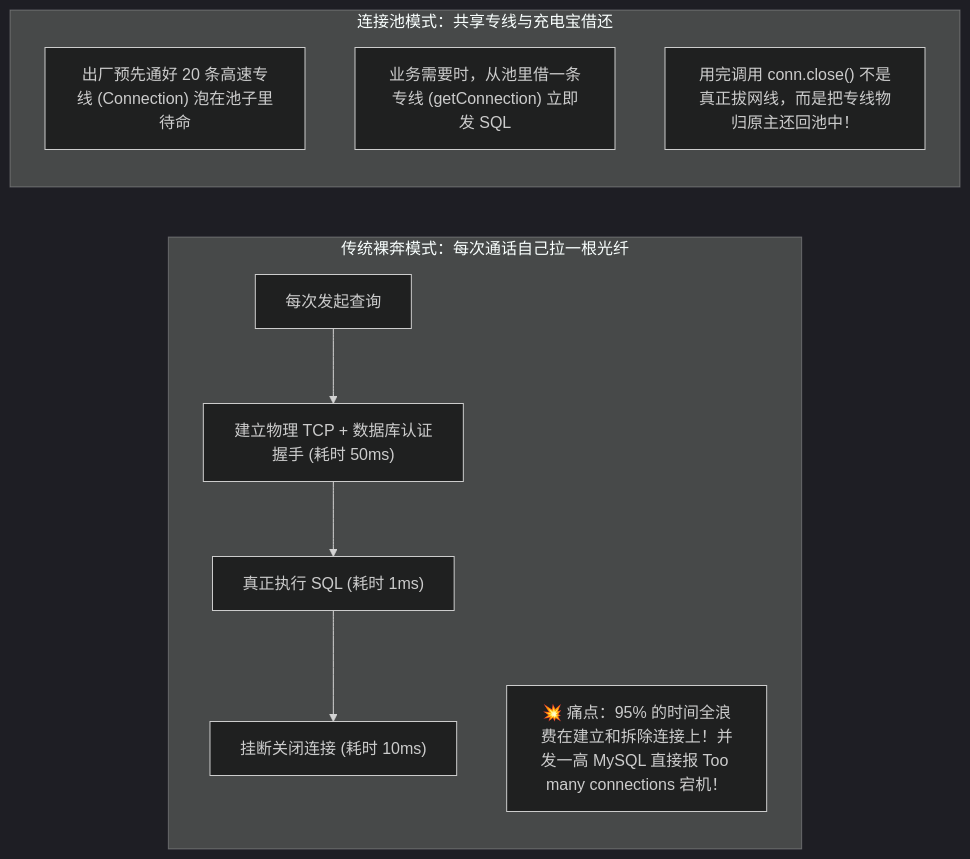
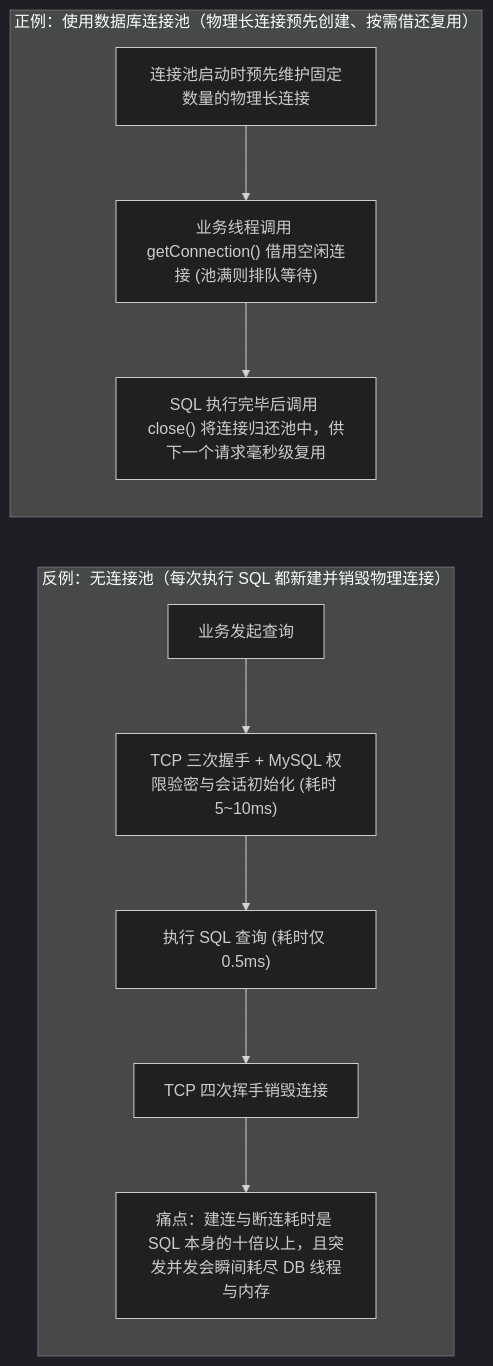
The first of 2 diagrams in 20-Java后端/05-数据库与存储/09-数据库连接池与连接管理.md (GuoWWWX/knowledge-base), drawn with Mermaid (dark theme) before and after one commit. The commit also changed other lines of this file and 251 other files, not shown here.

````diff
--- a/20-Java后端/05-数据库与存储/09-数据库连接池与连接管理.md
+++ b/20-Java后端/05-数据库与存储/09-数据库连接池与连接管理.md
@@ -28,15 +29,14 @@
 ```mermaid
 flowchart LR
-    subgraph Bad["传统裸奔模式：每次通话自己拉一根光纤"]
-        A1["每次发起查询"] --> A2["建立物理 TCP + 数据库认证握手 (耗时 50ms)"]
-        A2 --> A3["真正执行 SQL (耗时 1ms)"]
-        A3 --> A4["挂断关闭连接 (耗时 10ms)"]
-        A5["💥 痛点：95% 的时间全浪费在建立和拆除连接上！并发一高 MySQL 直接报 Too many connections 宕机！"]
+    subgraph Bad["反例：无连接池（每次执行 SQL 都新建并销毁物理连接）"]
+        A1["业务发起查询"] --> A2["TCP 三次握手 + MySQL 权限验密与会话初始化 (耗时 5~10ms)"]
+        A2 --> A3["执行 SQL 查询 (耗时仅 0.5ms)"]
+        A3 --> A4["TCP 四次挥手销毁连接"]
+        A4 --> A5["痛点：建连与断连耗时是 SQL 本身的十倍以上，且突发并发会瞬间耗尽 DB 线程与内存"]
     end
 
-    subgraph Good["连接池模式：共享专线与充电宝借还"]
-        B1["出厂预先通好 20 条高速专线 (Connection) 泡在池子里待命"]
-        B2["业务需要时，从池里借一条专线 (getConnection) 立即发 SQL"]
-        B3["用完调用 conn.close() 不是真正拔网线，而是把专线物归原主还回池中！"]
+    subgraph Good["正例：使用数据库连接池（物理长连接预先创建、按需借还复用）"]
+        B1["连接池启动时预先维护固定数量的物理长连接"] --> B2["业务线程调用 getConnection() 借用空闲连接 (池满则排队等待)"]
+        B2 --> B3["SQL 执行完毕后调用 close() 将连接归还池中，供下一个请求毫秒级复用"]
     end
 ```
````
